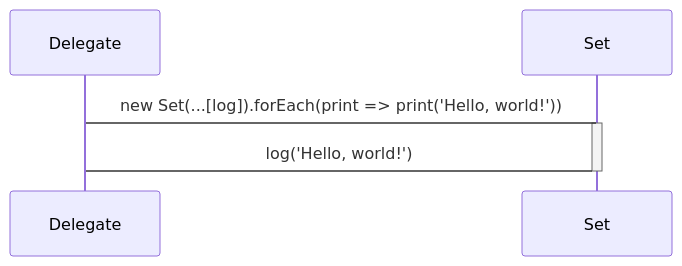
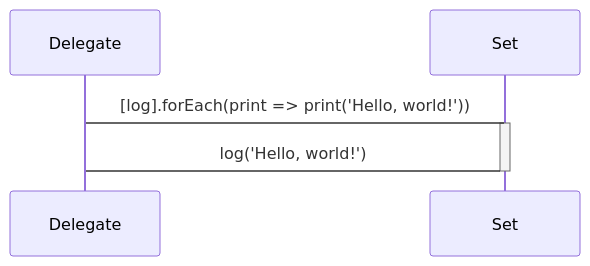
One commit to domrally/peekeasy changed the first of 5 diagrams in README.md. Above: the diagram before and after it, drawn with Mermaid. The commit also changed other lines of this file, not shown here.

````diff
--- a/README.md
+++ b/README.md
@@ -57,7 +57,7 @@
 ```mermaid
 sequenceDiagram
-    Delegate->Set: new Set(...[log]).forEach(print => print('Hello, world!'))
+    Delegate->Set: [log].forEach(print => print('Hello, world!'))
     activate Set
     Set->Delegate: log('Hello, world!')
     deactivate Set
 ```
````
